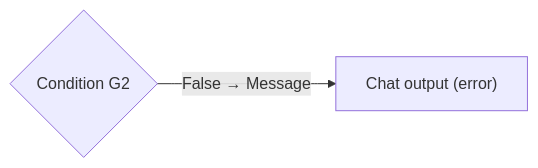
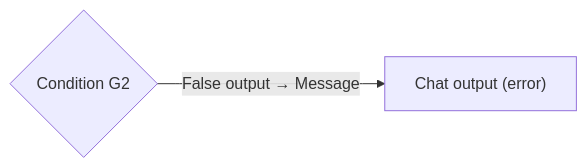
Diagram 11 of 18 in paf/flows/CHAT_WORKFLOW.md (vmleon/oracle-database-private-agent-factory-poc), drawn with Mermaid before and after one commit. The commit also changed other lines of this file, not shown here.

Commit message:
docs: place G2/G3 apology on condition False Message

````diff
--- a/paf/flows/CHAT_WORKFLOW.md
+++ b/paf/flows/CHAT_WORKFLOW.md
@@ -316,4 +319,4 @@
 ```mermaid
 flowchart LR
-    G2{"Condition G2"} -->|False → Message| OE["Chat output (error)"]
+    G2{"Condition G2"} -->|False output → Message| OE["Chat output (error)"]
 ```
````
